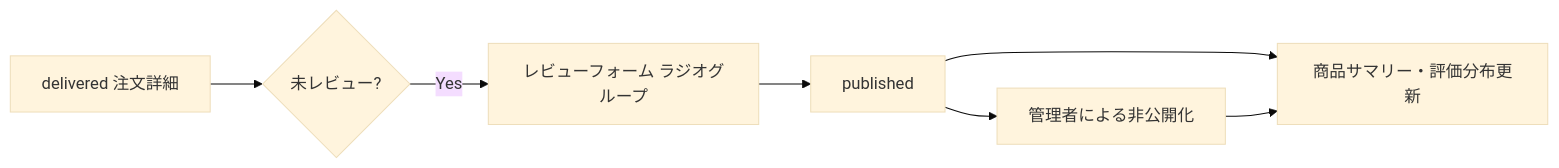
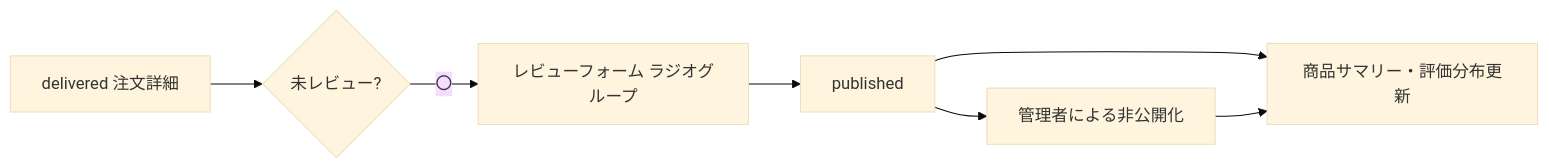
The fourth of 4 diagrams in docs/06_flows/user_flows.md (ryu-yoshikawa-pro-vision/qa-training-store), drawn with Mermaid (base theme) before and after one commit. The commit also changed other lines of this file and 66 other files, not shown here.

````diff
--- a/docs/06_flows/user_flows.md
+++ b/docs/06_flows/user_flows.md
@@ -80,9 +80,9 @@
 ```mermaid
 flowchart LR
   A[delivered 注文詳細] --> B{未レビュー?}
-  B -- Yes --> C[レビューフォーム ラジオグループ]
+  B -- 〇 --> C[レビューフォーム ラジオグループ]
   C --> D[published]
   D --> E[商品サマリー・評価分布更新]
   D --> F[管理者による非公開化]
   F --> E
 ```
````
